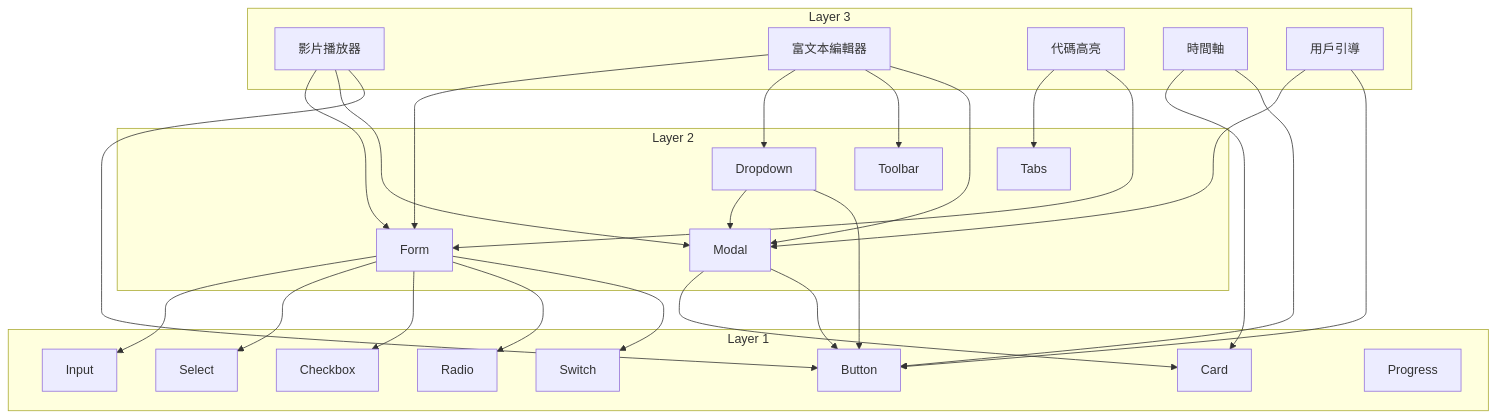
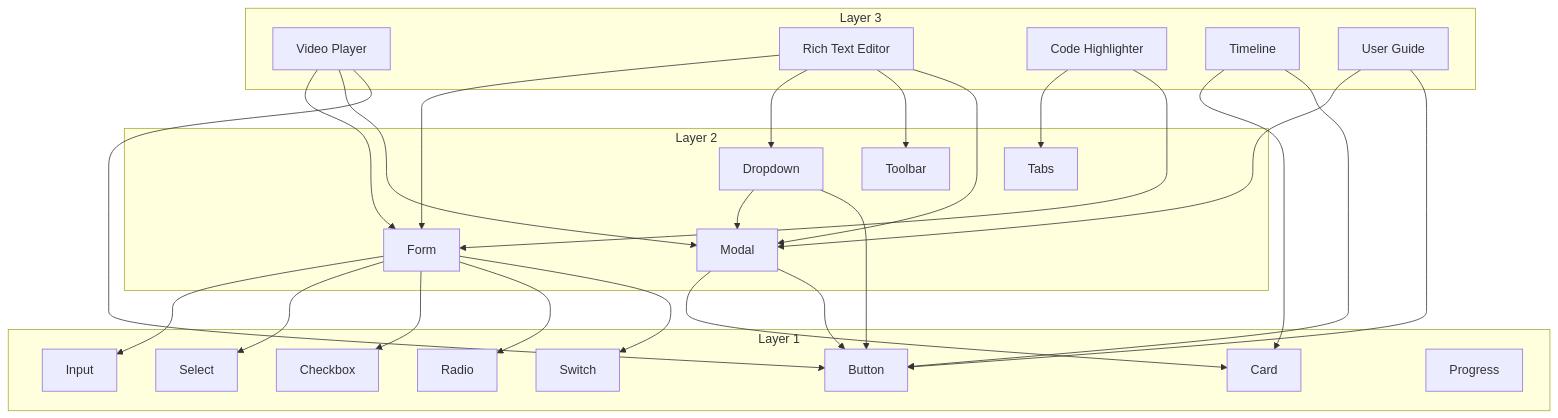
The second of 2 diagrams in docs/zht/guides/layer-component-plan.md (celestia-island/hikari), drawn with Mermaid before and after one commit. The commit also changed other lines of this file and 291 other files, not shown here.

````diff
--- a/docs/zht/guides/layer-component-plan.md
+++ b/docs/zht/guides/layer-component-plan.md
@@ -468,59 +468,59 @@
 ```mermaid
 graph TB
     subgraph "Layer 3"
-        V[影片播放器]
-        R[富文本編輯器]
-        C[代碼高亮]
-        T[時間軸]
-        G[用戶引導]
+        V[Video Player]
+        R[Rich Text Editor]
+        C[Code Highlighter]
+        T[Timeline]
+        G[User Guide]
     end
 
     subgraph "Layer 2"
         F[Form]
         D[Dropdown]
         M[Modal]
         TB[Toolbar]
         TB2[Tabs]
     end
 
     subgraph "Layer 1"
         B[Button]
         I[Input]
         C2[Card]
         S[Select]
         CB[Checkbox]
         R2[Radio]
         SW[Switch]
         P[Progress]
     end
 
     V --> F
     V --> M
     V --> B
 
     R --> F
     R --> D
     R --> TB
     R --> M
 
     C --> TB2
     C --> F
 
     T --> C2
     T --> B
 
     G --> M
     G --> B
 
     F --> I
     F --> S
     F --> CB
     F --> R2
     F --> SW
 
     D --> M
     D --> B
 
     M --> C2
     M --> B
 ```
````
